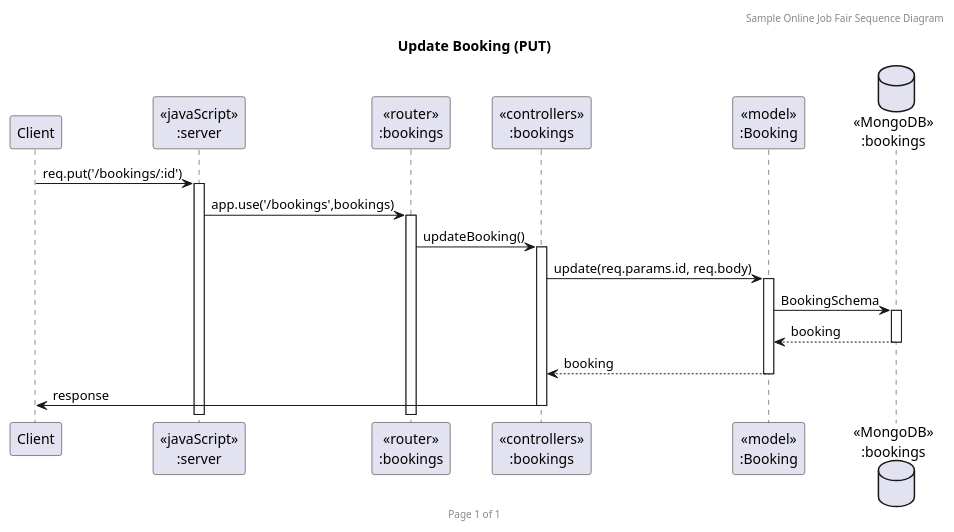
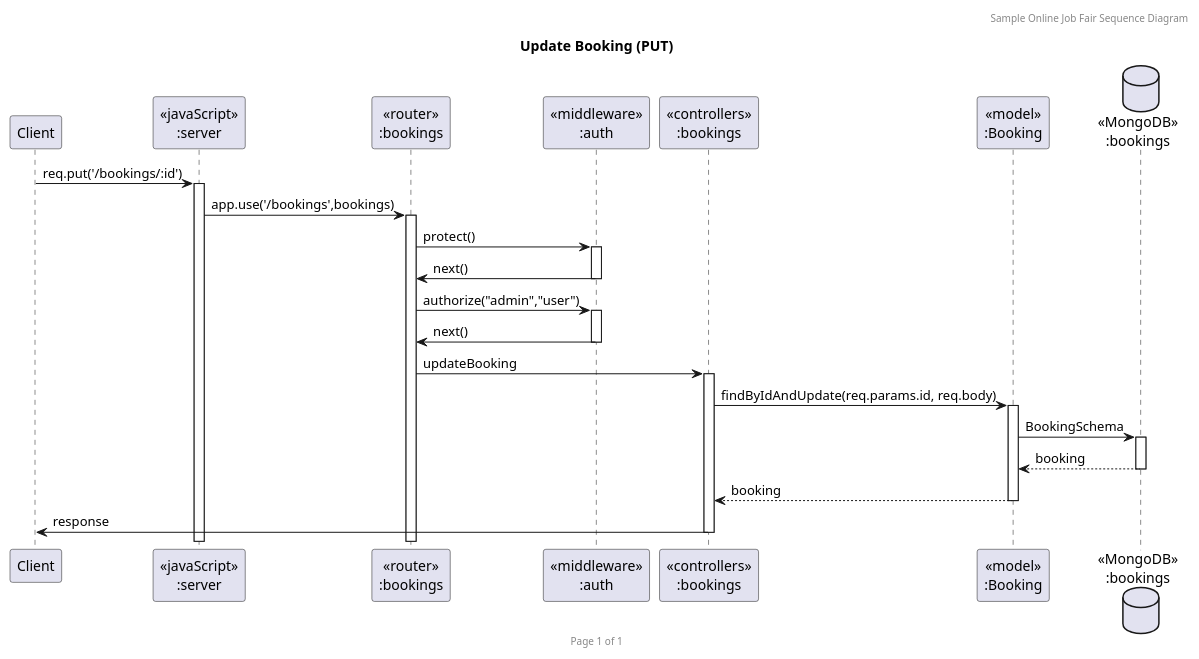
One commit to armernuntiya/SWDevI changed the diagram in PlantUML/JobFairSequenceBookingPUT.puml. Above: the diagram before and after it, drawn with PlantUML. The commit also changed 14 other files, not shown here.

Commit message:
Edit:diagram puml

```diff
--- a/PlantUML/JobFairSequenceBookingPUT.puml
+++ b/PlantUML/JobFairSequenceBookingPUT.puml
@@ -1,25 +1,30 @@
 @startuml Manage Booking (PUT)
 
 header Sample Online Job Fair Sequence Diagram
 footer Page %page% of %lastpage%
 title "Update Booking (PUT)"
 
 participant "Client" as client
 participant "<<javaScript>>\n:server" as server
 participant "<<router>>\n:bookings" as routerBookings
+participant "<<middleware>>\n:auth" as authMiddleware
 participant "<<controllers>>\n:bookings" as controllersBookings
 participant "<<model>>\n:Booking" as modelBooking
 database "<<MongoDB>>\n:bookings" as BookingsDatabase
 
 client->server ++:req.put('/bookings/:id')
 server->routerBookings ++:app.use('/bookings',bookings)
-routerBookings -> controllersBookings ++:updateBooking()
-controllersBookings -> modelBooking ++:update(req.params.id, req.body)
+routerBookings -> authMiddleware ++: protect()
+routerBookings <- authMiddleware --: next()
+routerBookings -> authMiddleware ++: authorize("admin","user")
+routerBookings <- authMiddleware --: next()
+routerBookings -> controllersBookings ++:updateBooking
+controllersBookings -> modelBooking ++:findByIdAndUpdate(req.params.id, req.body)
 modelBooking -> BookingsDatabase ++: BookingSchema
 BookingsDatabase --> modelBooking --: booking
 controllersBookings <-- modelBooking --: booking
 controllersBookings->client --:response
 
 
 
 @enduml
```
